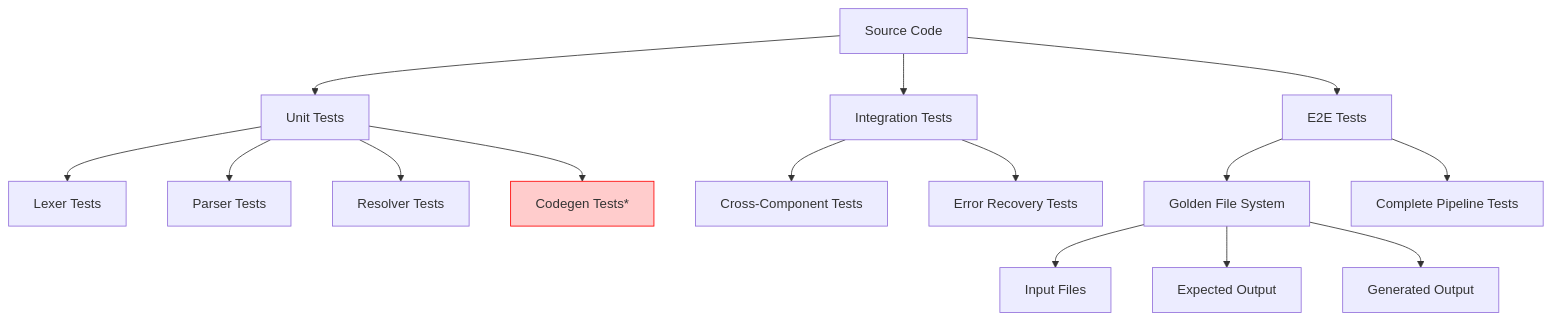
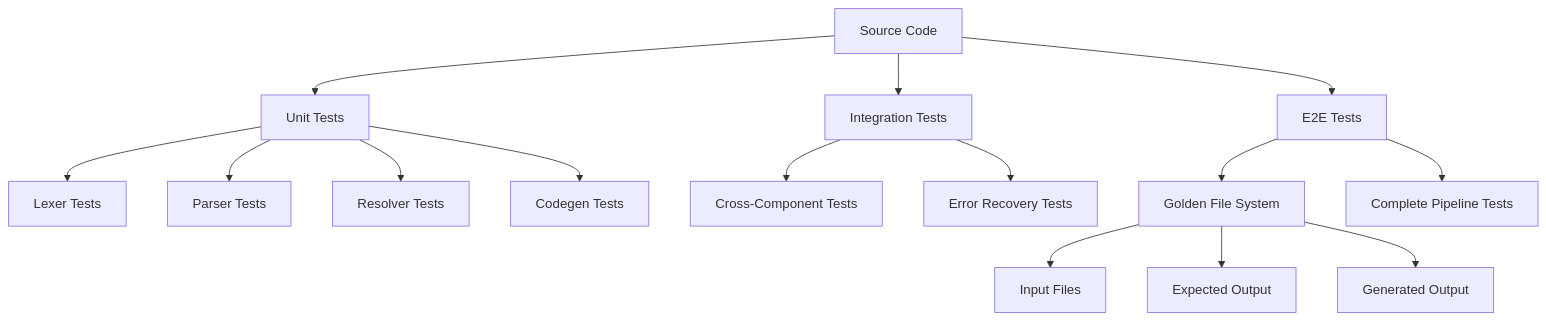
The diagram in docs/tests.md (fjvillamarin/topple), drawn with Mermaid before and after one commit. The commit also changed other lines of this file and 16 other files, not shown here.

````diff
--- a/docs/tests.md
+++ b/docs/tests.md
@@ -41,24 +41,21 @@
 ```mermaid
 graph TD
     A[Source Code] --> B[Unit Tests]
     A --> C[Integration Tests]
     A --> D[E2E Tests]
     
     B --> E[Lexer Tests]
     B --> F[Parser Tests]
     B --> G[Resolver Tests]
-    B --> H[Codegen Tests*]
-    
+    B --> H[Codegen Tests]
+
     C --> I[Cross-Component Tests]
     C --> J[Error Recovery Tests]
-    
+
     D --> K[Golden File System]
     D --> L[Complete Pipeline Tests]
-    
+
     K --> M[Input Files]
     K --> N[Expected Output]
     K --> O[Generated Output]
-    
-    style H fill:#ffcccc
-    style H stroke:#ff0000
 ```
````
